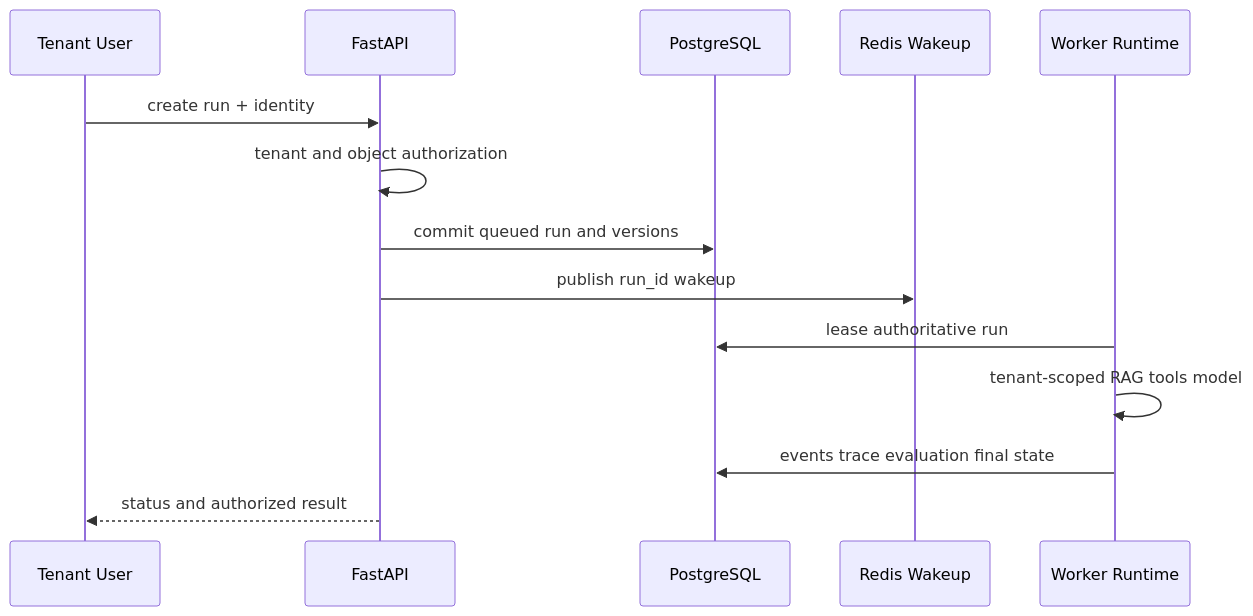
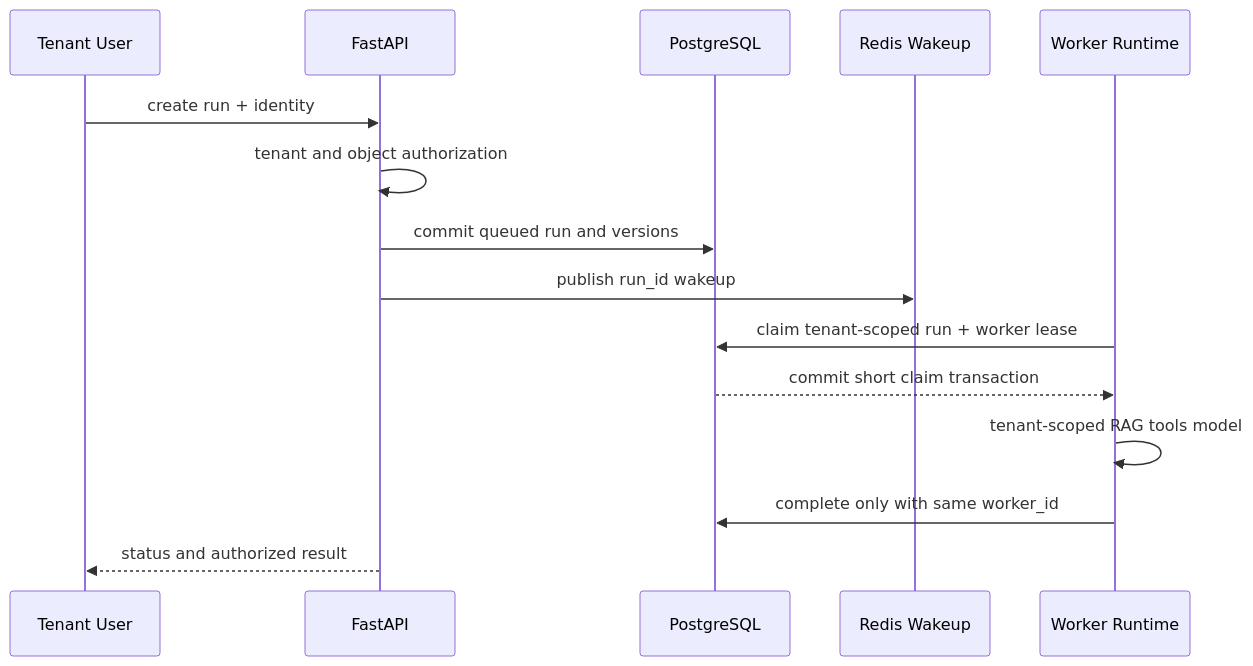
One commit to wujinjun/ai-agent-book changed the third of 4 diagrams in projects/10-enterprise-platform/README.md. Above: the diagram before and after it, drawn with Mermaid. The commit also changed other lines of this file and 5 other files, not shown here.

Commit message:
fix: isolate enterprise worker leases by tenant

````diff
--- a/projects/10-enterprise-platform/README.md
+++ b/projects/10-enterprise-platform/README.md
@@ -55,19 +55,20 @@
 ```mermaid
 %% id: project10-tenant-run-sequence
 %% title: 多租户 Run 创建与执行时序
 %% alt: 用户请求经 API 验证租户权限后先提交 PostgreSQL Run 再通知 Redis，Worker 读取权威状态并执行隔离的 RAG 工具与 Trace
 sequenceDiagram
     participant U as Tenant User
     participant A as FastAPI
     participant D as PostgreSQL
     participant Q as Redis Wakeup
     participant W as Worker Runtime
     U->>A: create run + identity
     A->>A: tenant and object authorization
     A->>D: commit queued run and versions
     A->>Q: publish run_id wakeup
-    W->>D: lease authoritative run
+    W->>D: claim tenant-scoped run + worker lease
+    D-->>W: commit short claim transaction
     W->>W: tenant-scoped RAG tools model
-    W->>D: events trace evaluation final state
+    W->>D: complete only with same worker_id
     A-->>U: status and authorized result
 ```
````
